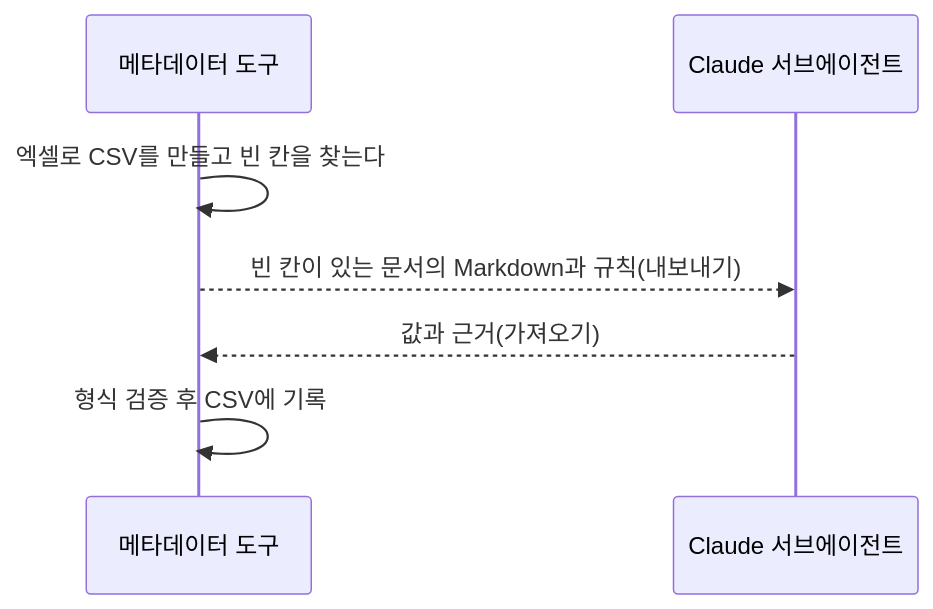
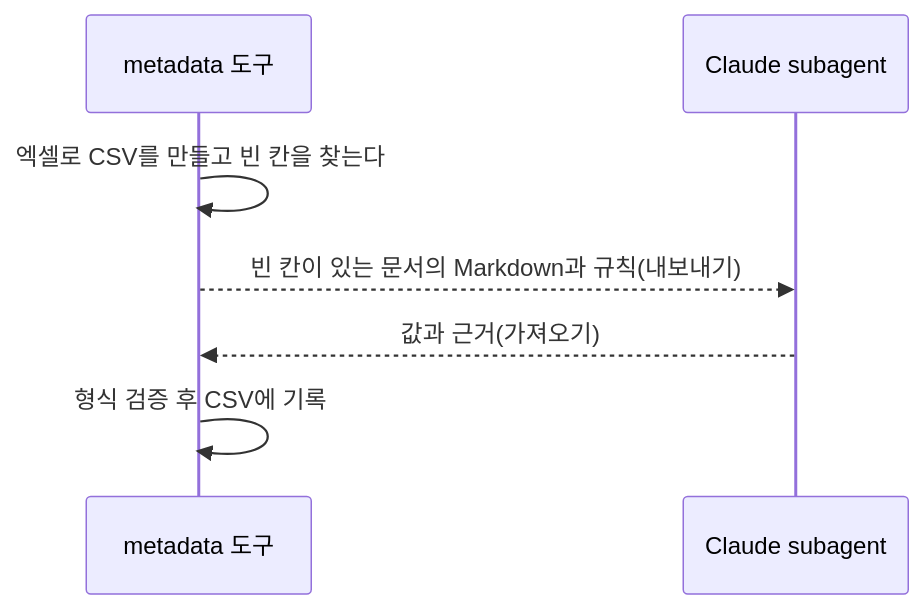
Before and after one commit to adover134/hierarchical-md-rag: the second of 2 diagrams in docs/10_메타데이터.md, drawn with Mermaid. The commit also changed other lines of this file and 24 other files, not shown here.

````diff
--- a/docs/10_메타데이터.md
+++ b/docs/10_메타데이터.md
@@ -126,9 +126,9 @@
 ```mermaid
 sequenceDiagram
-    participant T as 메타데이터 도구
-    participant A as Claude 서브에이전트
+    participant T as metadata 도구
+    participant A as Claude subagent
     T->>T: 엑셀로 CSV를 만들고 빈 칸을 찾는다
     T-->>A: 빈 칸이 있는 문서의 Markdown과 규칙(내보내기)
     A-->>T: 값과 근거(가져오기)
     T->>T: 형식 검증 후 CSV에 기록
 ```
````
